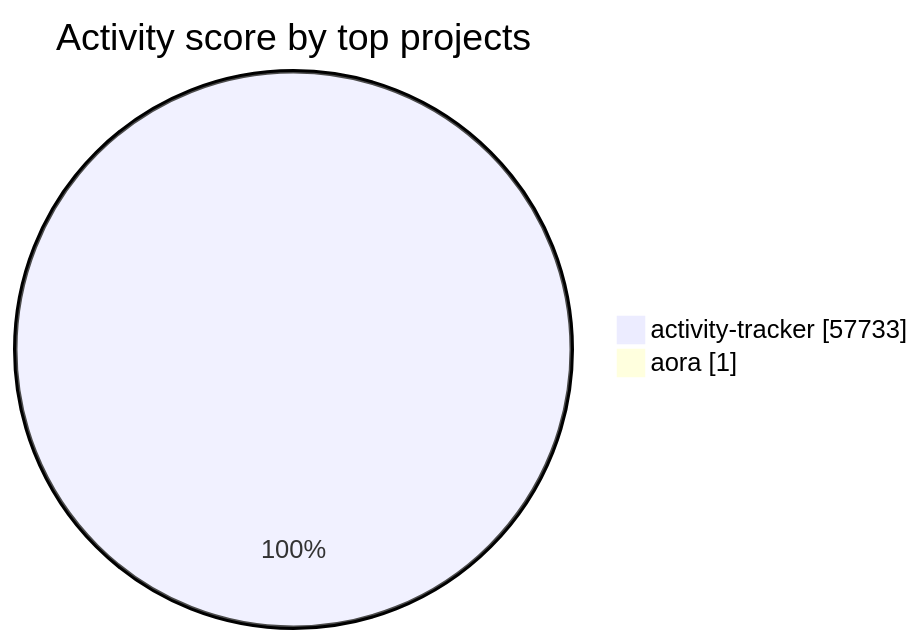
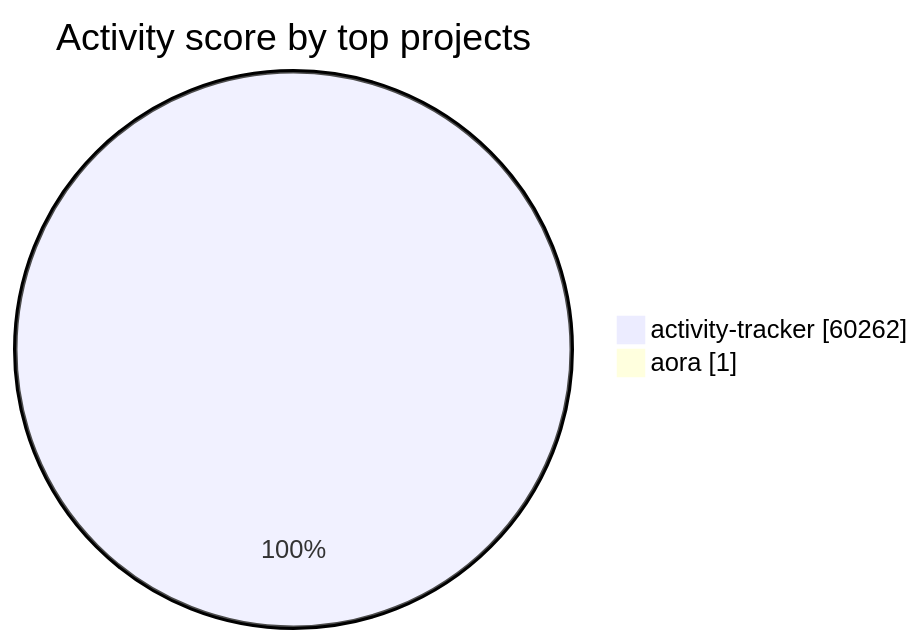
Before and after one commit to Sonkarrushikesh22/activity-tracker: the diagram in visualizations/README.md, drawn with Mermaid. The commit also changed other lines of this file and 6 other files, not shown here.

````diff
--- a/visualizations/README.md
+++ b/visualizations/README.md
@@ -33,6 +33,6 @@
 ```mermaid
 pie showData
     title Activity score by top projects
-    "activity-tracker" : 57733
+    "activity-tracker" : 60262
     "aora" : 1
 ```
````
